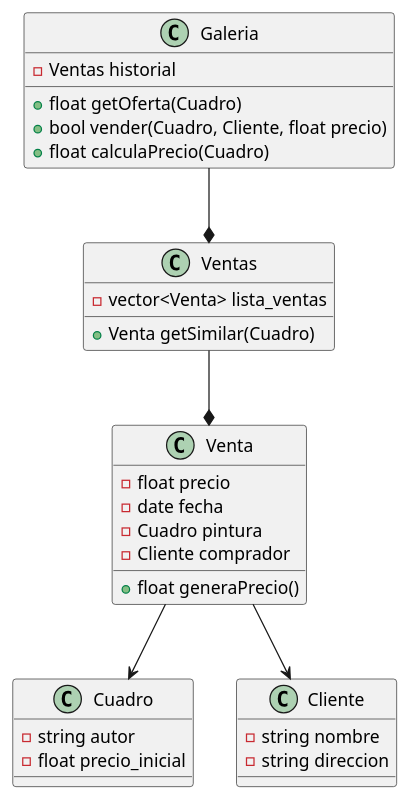
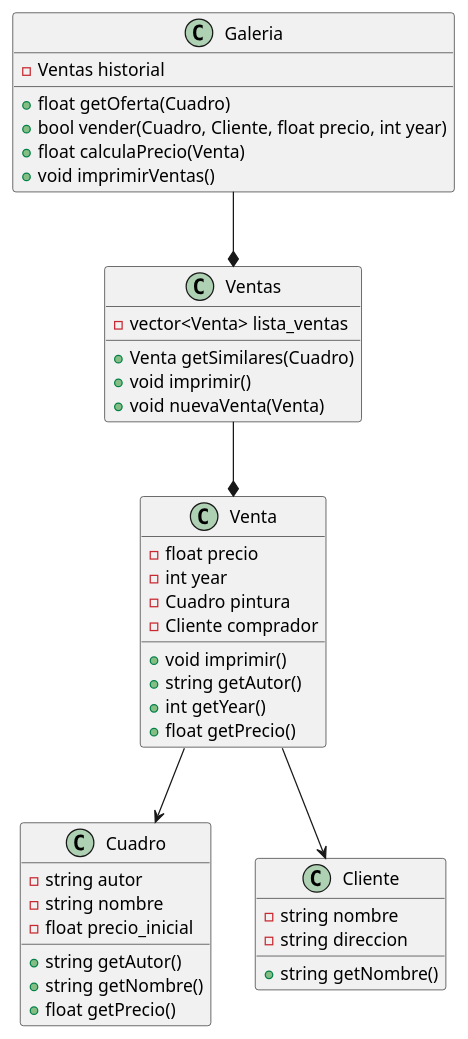
One commit to semylevy/A01023530_aymss18 changed the diagram in Actividades/A5.1.osbert/clases.puml. Above: the diagram before and after it, drawn with PlantUML. The commit also changed 2 other files, not shown here.

```diff
--- a/Actividades/A5.1.osbert/clases.puml
+++ b/Actividades/A5.1.osbert/clases.puml
@@ -1,38 +1,49 @@
 @startuml
 
 class Galeria {
     -Ventas historial
     +float getOferta(Cuadro)
-    +bool vender(Cuadro, Cliente, float precio)
-    +float calculaPrecio(Cuadro)
+    +bool vender(Cuadro, Cliente, float precio, int year)
+    +float calculaPrecio(Venta)
+    +void imprimirVentas()
 }
 
 class Ventas {
     -vector<Venta> lista_ventas
-    +Venta getSimilar(Cuadro)
+    +Venta getSimilares(Cuadro)
+    +void imprimir()
+    +void nuevaVenta(Venta)
 }
 
 class Cuadro {
     -string autor
+    -string nombre
     -float precio_inicial
+    +string getAutor()
+    +string getNombre()
+    +float getPrecio()
 }
 
 class Cliente {
     -string nombre
     -string direccion
+    +string getNombre()
 }
 
 class Venta {
     -float precio
-    -date fecha
+    -int year
     -Cuadro pintura
     -Cliente comprador
-    +float generaPrecio()
+    +void imprimir()
+    +string getAutor()
+    +int getYear()
+    +float getPrecio()
 }
 
 Galeria --* Ventas
 Ventas --* Venta
 Venta --> Cuadro
 Venta --> Cliente
 
 @enduml
```
